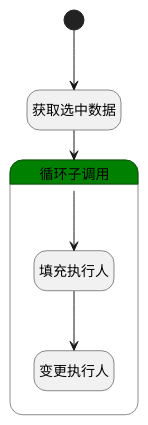
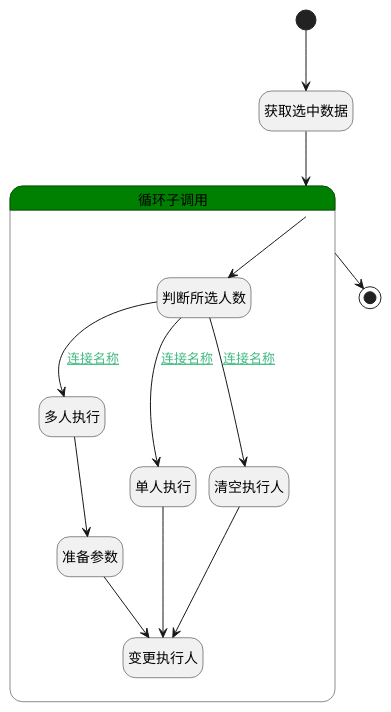
The diagram in doc/docsify/module/TestMgmt/run/logic/set_executor.md (iBizLab/plm), drawn with PlantUML before and after one commit. The commit also changed other lines of this file and 818 other files, not shown here.

````diff
--- a/doc/docsify/module/TestMgmt/run/logic/set_executor.md
+++ b/doc/docsify/module/TestMgmt/run/logic/set_executor.md
@@ -7,26 +7,38 @@
 ```plantuml
 @startuml
 hide empty description
 <style>
 root {
   HyperlinkColor #42b983
 }
 </style>
 
 hide empty description
 state "开始" as Begin <<start>> [[$./set_executor#begin {"开始"}]]
 state "获取选中数据" as BINDPARAM1  [[$./set_executor#bindparam1 {"获取选中数据"}]]
+state "结束" as END1 <<end>> [[$./set_executor#end1 {"结束"}]]
 state "循环子调用" as LOOPSUBCALL1  [[$./set_executor#loopsubcall1 {"循环子调用"}]] #green {
-state "填充执行人" as PREPAREPARAM2  [[$./set_executor#prepareparam2 {"填充执行人"}]]
+state "判断所选人数" as RAWSFCODE2  [[$./set_executor#rawsfcode2 {"判断所选人数"}]]
+state "多人执行" as RAWSFCODE1  [[$./set_executor#rawsfcode1 {"多人执行"}]]
+state "准备参数" as PREPAREPARAM3  [[$./set_executor#prepareparam3 {"准备参数"}]]
+state "单人执行" as RAWSFCODE3  [[$./set_executor#rawsfcode3 {"单人执行"}]]
+state "清空执行人" as PREPAREPARAM2  [[$./set_executor#prepareparam2 {"清空执行人"}]]
 state "变更执行人" as DEACTION1  [[$./set_executor#deaction1 {"变更执行人"}]]
 }
 
 
 Begin --> BINDPARAM1
 BINDPARAM1 --> LOOPSUBCALL1
-LOOPSUBCALL1 --> PREPAREPARAM2
+LOOPSUBCALL1 --> END1
+LOOPSUBCALL1 --> RAWSFCODE2
+RAWSFCODE2 --> RAWSFCODE1 : [[$./set_executor#rawsfcode2-rawsfcode1{连接名称} 连接名称]]
+RAWSFCODE1 --> PREPAREPARAM3
+PREPAREPARAM3 --> DEACTION1
+RAWSFCODE2 --> RAWSFCODE3 : [[$./set_executor#rawsfcode2-rawsfcode3{连接名称} 连接名称]]
+RAWSFCODE3 --> DEACTION1
+RAWSFCODE2 --> PREPAREPARAM2 : [[$./set_executor#rawsfcode2-prepareparam2{连接名称} 连接名称]]
 PREPAREPARAM2 --> DEACTION1
 
 
 @enduml
 ```
````
